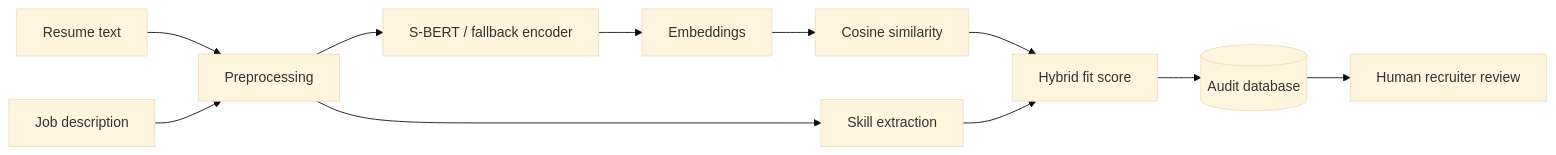
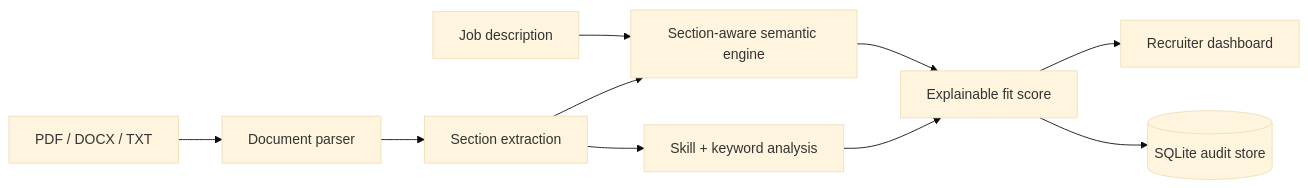
The diagram in README.md (rsswethaa/resume-analyser-classifier), drawn with Mermaid (base theme) before and after one commit. The commit also changed other lines of this file, not shown here.

Commit message:
Upgrade resume analyser README to recruiter product

````diff
--- a/README.md
+++ b/README.md
@@ -19,13 +24,12 @@
 ```mermaid
 flowchart LR
-  R[Resume text] --> P[Preprocessing]
-  J[Job description] --> P
-  P --> S[S-BERT / fallback encoder]
-  S --> E[Embeddings]
-  E --> C[Cosine similarity]
-  P --> K[Skill extraction]
-  C --> F[Hybrid fit score]
-  K --> F
-  F --> DB[(Audit database)]
-  DB --> H[Human recruiter review]
+  F[PDF / DOCX / TXT] --> P[Document parser]
+  P --> X[Section extraction]
+  J[Job description] --> S[Section-aware semantic engine]
+  X --> S
+  X --> K[Skill + keyword analysis]
+  S --> R[Explainable fit score]
+  K --> R
+  R --> D[Recruiter dashboard]
+  R --> DB[(SQLite audit store)]
 ```
````
